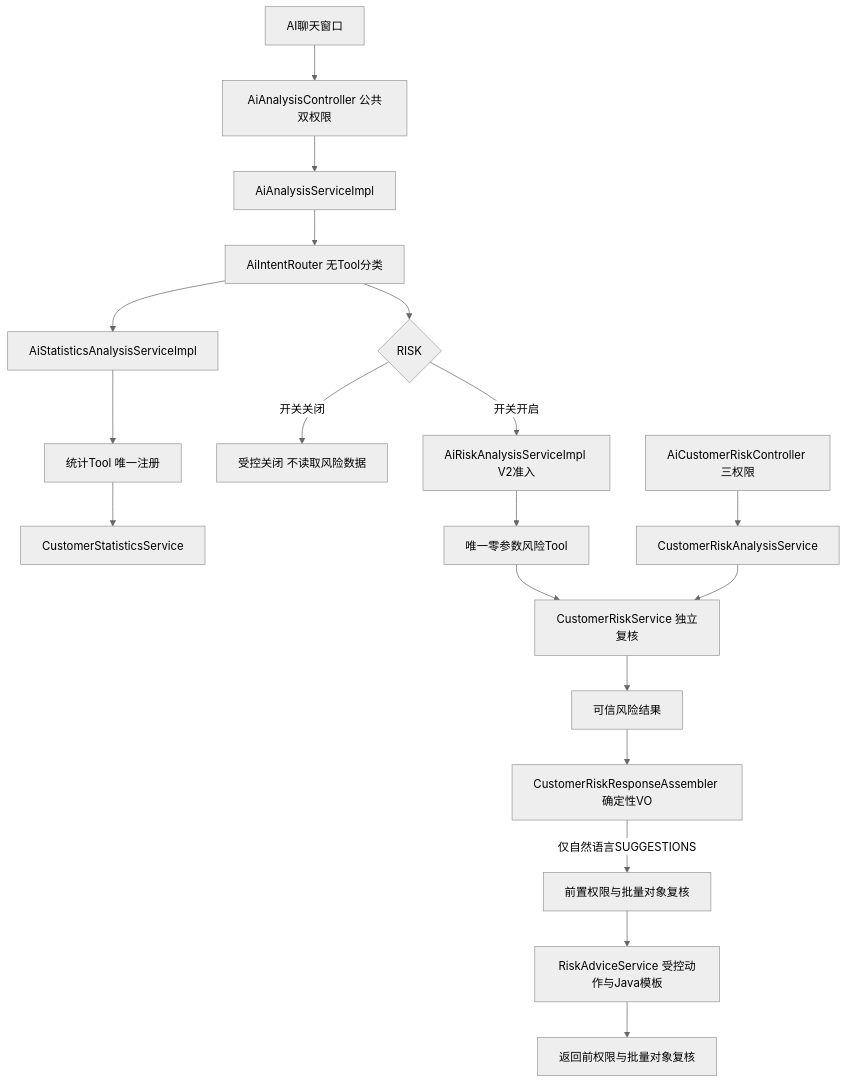
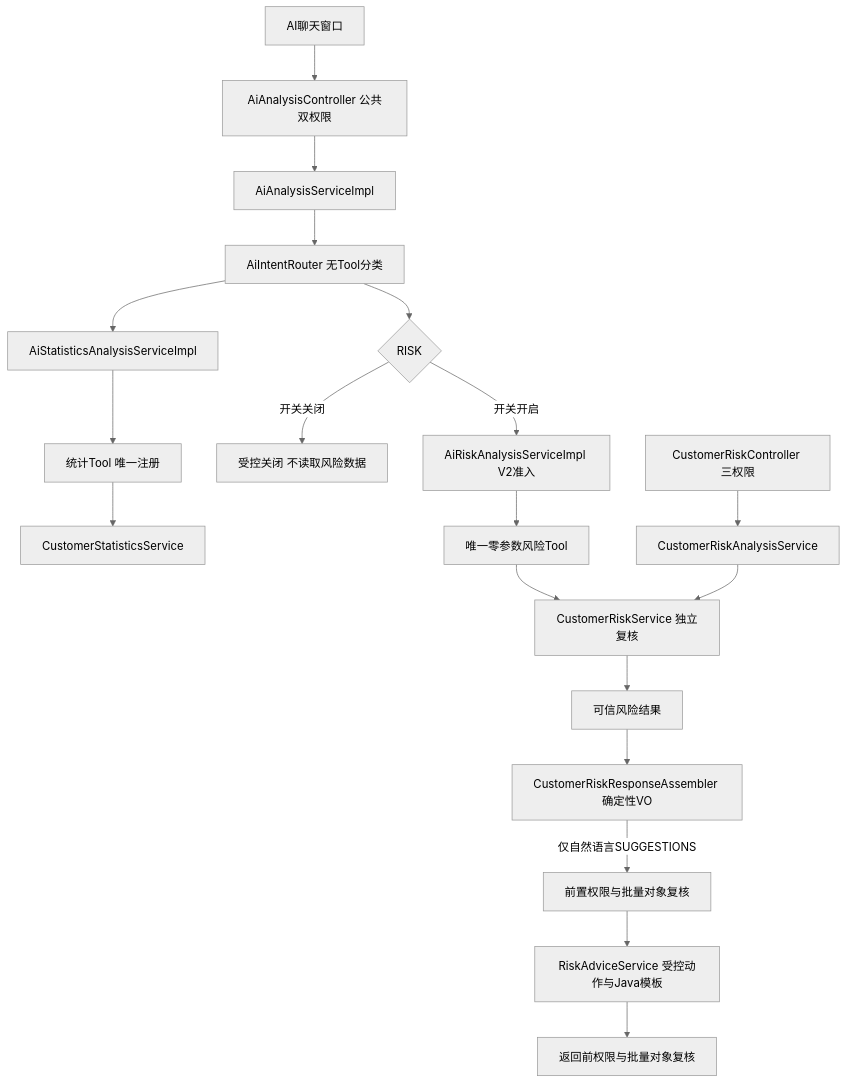
One commit to wanglu12890/crm-system changed the diagram in docs/ai-agent/AI_AGENT_V2_ARCHITECTURE_DESIGN.md. Above: the diagram before and after it, drawn with Mermaid (neutral theme). The commit also changed other lines of this file and 5 other files, not shown here.

First line of the commit message:
refactor(risk): 重命名结构化风险分析 Controller

````diff
--- a/docs/ai-agent/AI_AGENT_V2_ARCHITECTURE_DESIGN.md
+++ b/docs/ai-agent/AI_AGENT_V2_ARCHITECTURE_DESIGN.md
@@ -37,21 +37,21 @@
 ```mermaid
 flowchart TD
   CHAT[AI聊天窗口] --> ENTRY[AiAnalysisController 公共双权限]
   ENTRY --> APP[AiAnalysisServiceImpl]
   APP --> ROUTER[AiIntentRouter 无Tool分类]
   ROUTER --> STATS[AiStatisticsAnalysisServiceImpl]
   STATS --> ST[统计Tool 唯一注册]
   ST --> SS[CustomerStatisticsService]
   ROUTER --> GATE{RISK}
   GATE -->|开关关闭| CLOSED[受控关闭 不读取风险数据]
   GATE -->|开关开启| RISK[AiRiskAnalysisServiceImpl V2准入]
   RISK --> RT[唯一零参数风险Tool]
   RT --> CORE[CustomerRiskService 独立复核]
-  STRUCT[AiCustomerRiskController 三权限] --> SA[CustomerRiskAnalysisService]
+  STRUCT[CustomerRiskController 三权限] --> SA[CustomerRiskAnalysisService]
   SA --> CORE
   CORE --> RESULT[可信风险结果]
   RESULT --> ASSEMBLER[CustomerRiskResponseAssembler 确定性VO]
   ASSEMBLER -->|仅自然语言SUGGESTIONS| PRE[前置权限与批量对象复核]
   PRE --> ADVICE[RiskAdviceService 受控动作与Java模板]
   ADVICE --> POST[返回前权限与批量对象复核]
 ```
````
